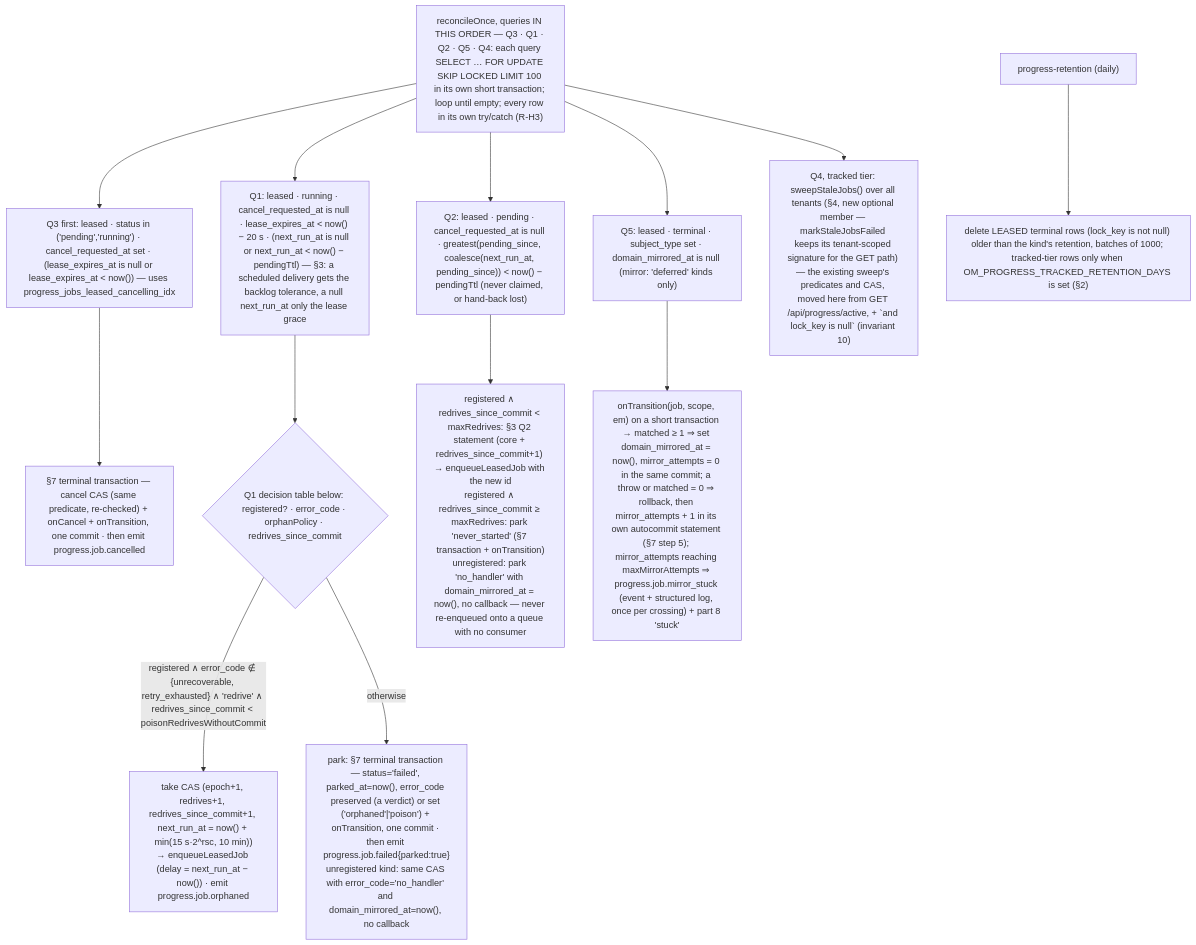
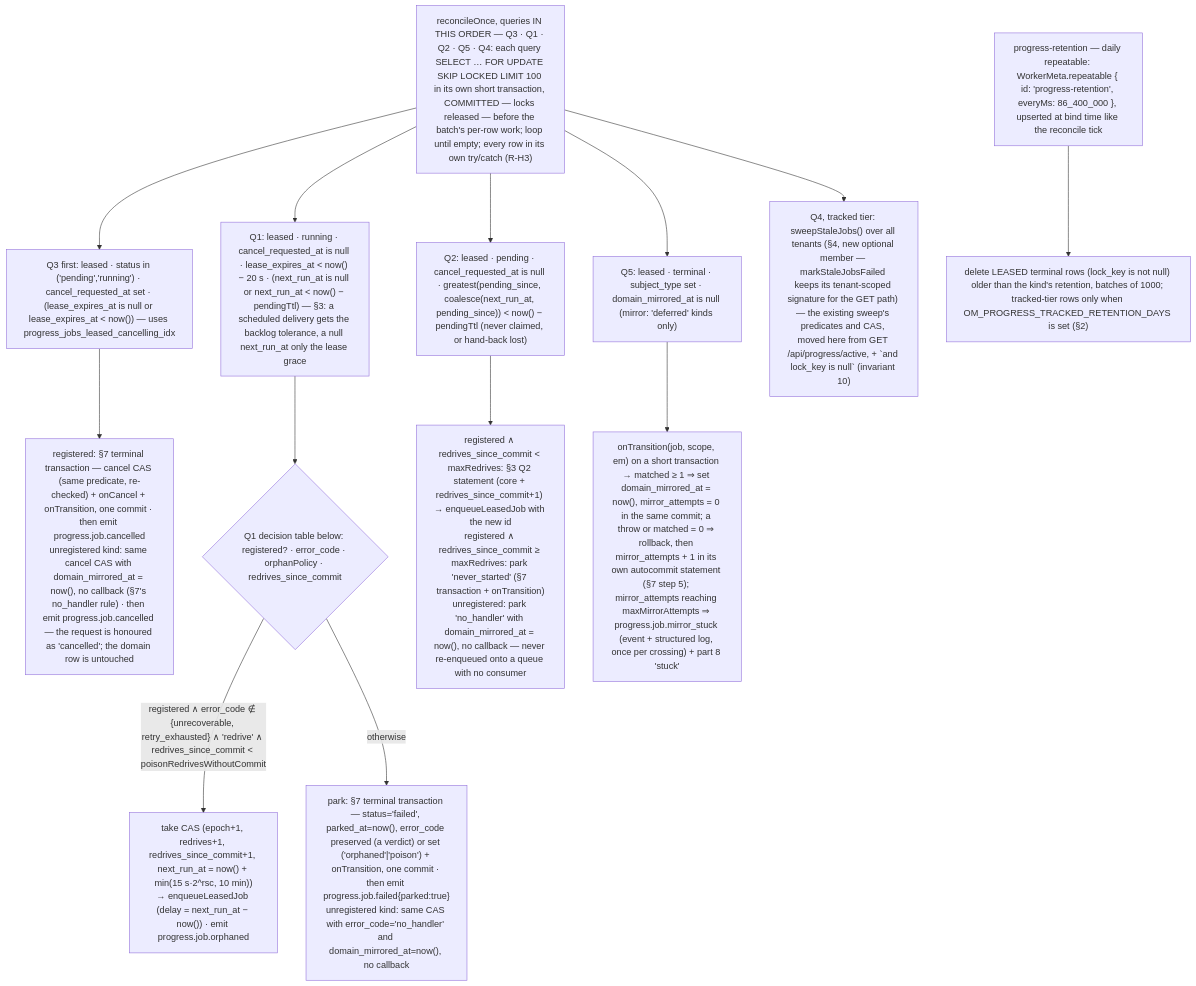
The diagram in .ai/specs/2026-08-21-background-work-06-leased-jobs-in-progress.md (open-mercato/open-mercato), drawn with Mermaid before and after one commit. The commit also changed other lines of this file and 3 other files, not shown here.

````diff
--- a/.ai/specs/2026-08-21-background-work-06-leased-jobs-in-progress.md
+++ b/.ai/specs/2026-08-21-background-work-06-leased-jobs-in-progress.md
@@ -384,16 +392,16 @@
 ```mermaid
 flowchart TB
-  T["reconcileOnce, queries IN THIS ORDER — Q3 · Q1 · Q2 · Q5 · Q4: each query SELECT … FOR UPDATE SKIP LOCKED LIMIT 100 in its own short transaction; loop until empty; every row in its own try/catch (R-H3)"]
+  T["reconcileOnce, queries IN THIS ORDER — Q3 · Q1 · Q2 · Q5 · Q4: each query SELECT … FOR UPDATE SKIP LOCKED LIMIT 100 in its own short transaction, COMMITTED — locks released — before the batch's per-row work; loop until empty; every row in its own try/catch (R-H3)"]
   T --> Q3["Q3 first: leased · status in ('pending','running') · cancel_requested_at set · (lease_expires_at is null or lease_expires_at < now()) — uses progress_jobs_leased_cancelling_idx"]
-  Q3 --> C["§7 terminal transaction — cancel CAS (same predicate, re-checked) + onCancel + onTransition, one commit · then emit progress.job.cancelled"]
+  Q3 --> C["registered: §7 terminal transaction — cancel CAS (same predicate, re-checked) + onCancel + onTransition, one commit · then emit progress.job.cancelled<br/>unregistered kind: same cancel CAS with domain_mirrored_at = now(), no callback (§7's no_handler rule) · then emit progress.job.cancelled — the request is honoured as 'cancelled'; the domain row is untouched"]
   T --> Q1["Q1: leased · running · cancel_requested_at is null · lease_expires_at < now() − 20 s · (next_run_at is null or next_run_at < now() − pendingTtl) — §3: a scheduled delivery gets the backlog tolerance, a null next_run_at only the lease grace"]
   Q1 --> POL{"Q1 decision table below: registered? · error_code · orphanPolicy · redrives_since_commit"}
   POL -->|"registered ∧ error_code ∉ {unrecoverable, retry_exhausted} ∧ 'redrive' ∧ redrives_since_commit < poisonRedrivesWithoutCommit"| RE["take CAS (epoch+1, redrives+1, redrives_since_commit+1, next_run_at = now() + min(15 s·2^rsc, 10 min))<br/>→ enqueueLeasedJob (delay = next_run_at − now()) · emit progress.job.orphaned"]
   POL -->|otherwise| PK["park: §7 terminal transaction — status='failed', parked_at=now(), error_code preserved (a verdict) or set ('orphaned'|'poison') + onTransition, one commit · then emit progress.job.failed{parked:true}<br/>unregistered kind: same CAS with error_code='no_handler' and domain_mirrored_at=now(), no callback"]
   T --> Q2["Q2: leased · pending · cancel_requested_at is null · greatest(pending_since, coalesce(next_run_at, pending_since)) < now() − pendingTtl (never claimed, or hand-back lost)"]
   Q2 --> RE2["registered ∧ redrives_since_commit < maxRedrives: §3 Q2 statement (core + redrives_since_commit+1) → enqueueLeasedJob with the new id<br/>registered ∧ redrives_since_commit ≥ maxRedrives: park 'never_started' (§7 transaction + onTransition)<br/>unregistered: park 'no_handler' with domain_mirrored_at = now(), no callback — never re-enqueued onto a queue with no consumer"]
   T --> Q5["Q5: leased · terminal · subject_type set · domain_mirrored_at is null (mirror: 'deferred' kinds only)"]
   Q5 --> M["onTransition(job, scope, em) on a short transaction → matched ≥ 1 ⇒ set domain_mirrored_at = now(), mirror_attempts = 0 in the same commit; a throw or matched = 0 ⇒ rollback, then mirror_attempts + 1 in its own autocommit statement (§7 step 5); mirror_attempts reaching maxMirrorAttempts ⇒ progress.job.mirror_stuck (event + structured log, once per crossing) + part 8 'stuck'"]
   T --> Q4["Q4, tracked tier: sweepStaleJobs() over all tenants (§4, new optional member — markStaleJobsFailed keeps its tenant-scoped signature for the GET path) — the existing sweep's predicates and CAS, moved here from GET /api/progress/active, + `and lock_key is null` (invariant 10)"]
-  D["progress-retention (daily)"] --> R["delete LEASED terminal rows (lock_key is not null) older than the kind's retention, batches of 1000; tracked-tier rows only when OM_PROGRESS_TRACKED_RETENTION_DAYS is set (§2)"]
+  D["progress-retention — daily repeatable: WorkerMeta.repeatable { id: 'progress-retention', everyMs: 86_400_000 }, upserted at bind time like the reconcile tick"] --> R["delete LEASED terminal rows (lock_key is not null) older than the kind's retention, batches of 1000; tracked-tier rows only when OM_PROGRESS_TRACKED_RETENTION_DAYS is set (§2)"]
 ```
````
